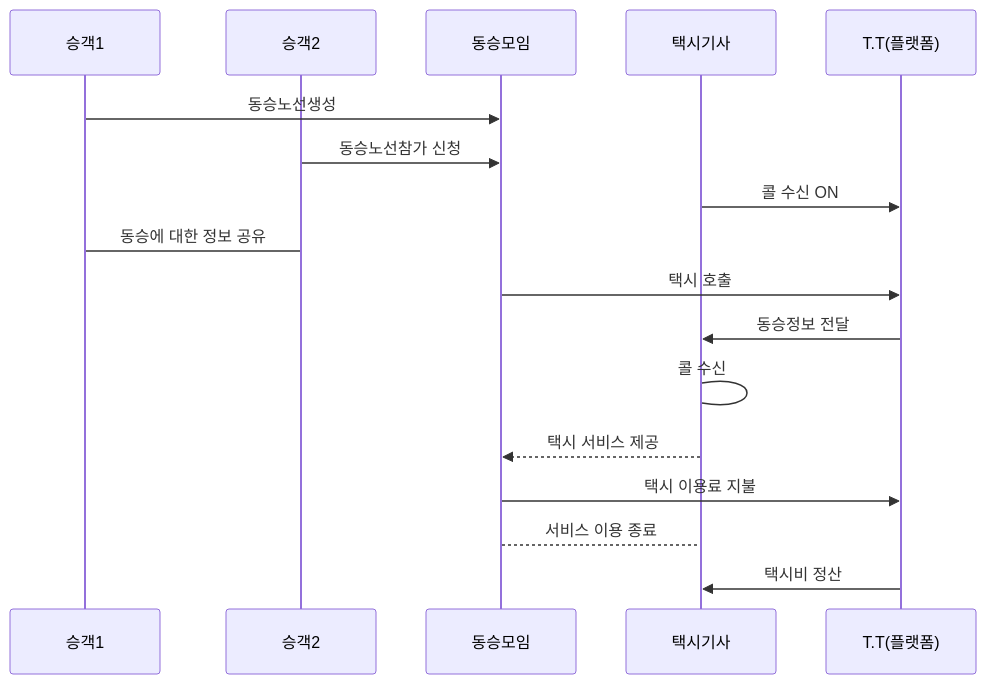
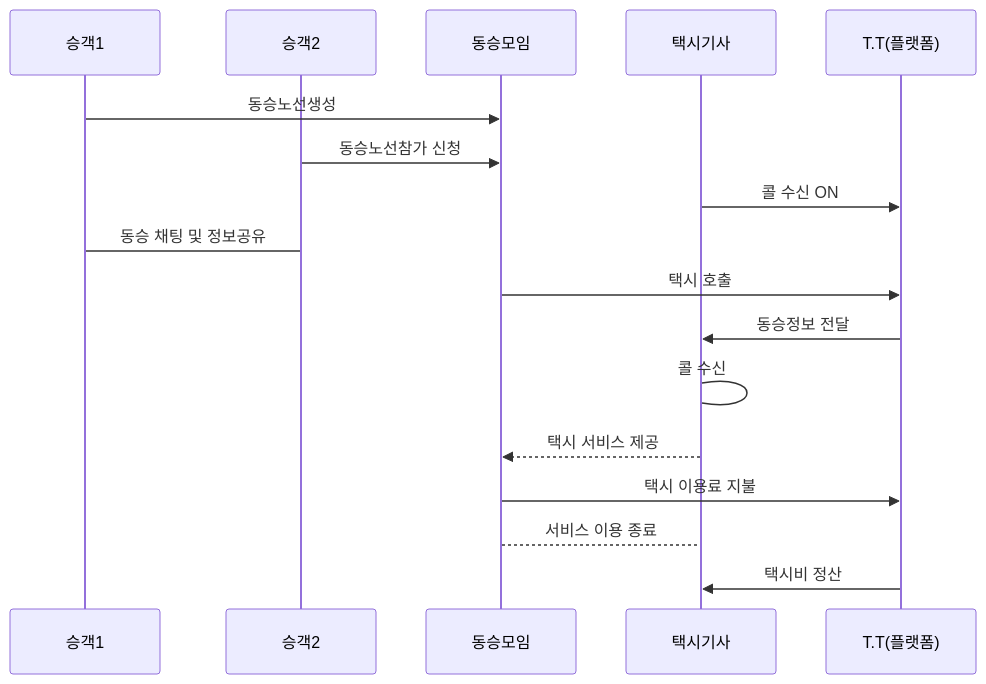
Before and after one commit to Dolphin-PC/T.T: the diagram in README.md, drawn with Mermaid.

````diff
--- a/README.md
+++ b/README.md
@@ -44,30 +44,31 @@
 ```mermaid
 sequenceDiagram
 
 participant a as 승객1
 participant b as 승객2
 participant ab as 동승모임
 participant taxi as 택시기사
 participant tt as T.T(플랫폼)
 
 a->>ab: 동승노선생성
 b->>ab: 동승노선참가 신청
 
 taxi->>tt: 콜 수신 ON
 
-a->b: 동승에 대한 정보 공유
+a->b: 동승 채팅 및 정보공유
+
 
 ab->>tt: 택시 호출
 
 tt->>taxi: 동승정보 전달
 
 taxi->taxi: 콜 수신
 
 taxi-->>ab: 택시 서비스 제공
 ab->>tt: 택시 이용료 지불
 
 ab-->taxi: 서비스 이용 종료
 
 tt->>taxi: 택시비 정산
 
 ```
````
